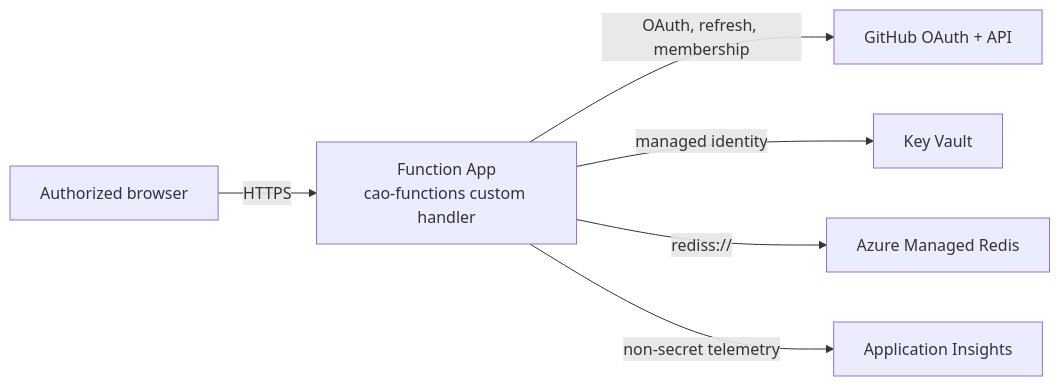
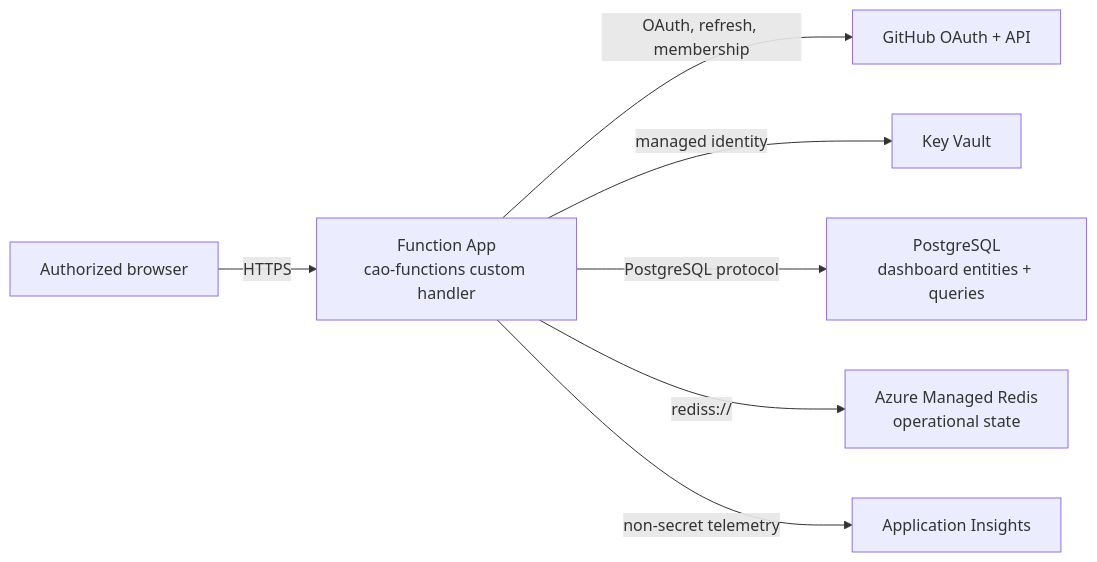
Before and after one commit to githubnext/gh-aw-cao: the diagram in docs/deployment-azure.md, drawn with Mermaid. The commit also changed other lines of this file and 14 other files, not shown here.

````diff
--- a/docs/deployment-azure.md
+++ b/docs/deployment-azure.md
@@ -18,8 +19,9 @@
 ```mermaid
 flowchart LR
   Browser["Authorized browser"] -->|"HTTPS"| Function["Function App<br/>cao-functions custom handler"]
   Function -->|"OAuth, refresh, membership"| GitHub["GitHub OAuth + API"]
   Function -->|"managed identity"| KeyVault["Key Vault"]
-  Function -->|"rediss://"| Redis["Azure Managed Redis"]
+  Function -->|"PostgreSQL protocol"| Postgres["PostgreSQL<br/>dashboard entities + queries"]
+  Function -->|"rediss://"| Redis["Azure Managed Redis<br/>operational state"]
   Function -->|"non-secret telemetry"| Insights["Application Insights"]
 ```
````
